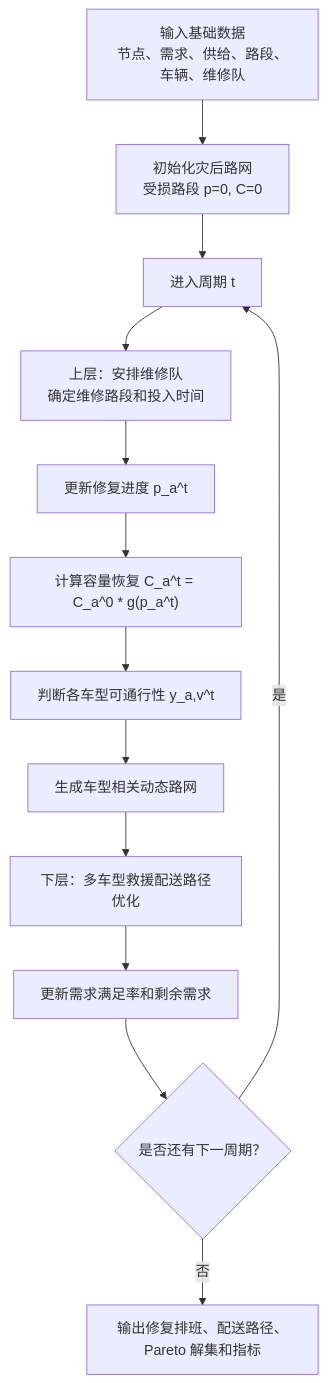
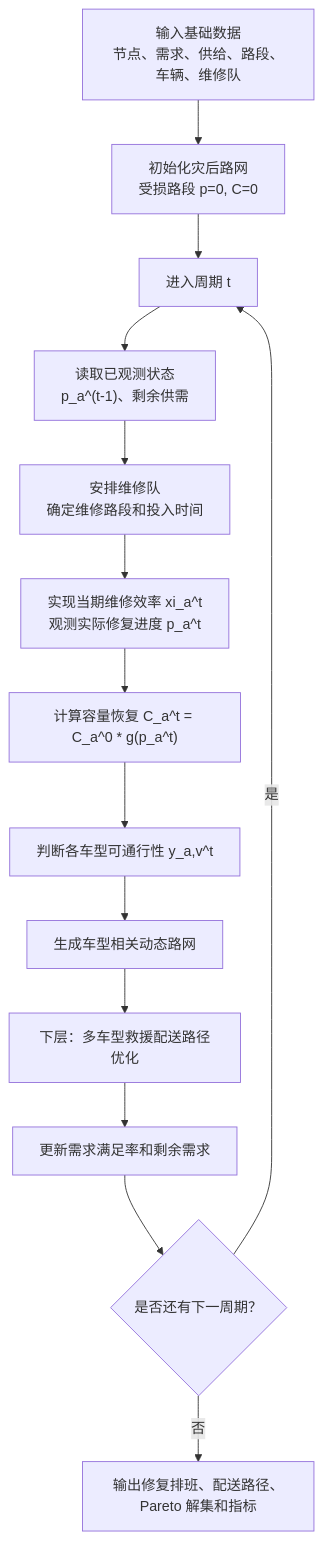
Before and after one commit to li-kai-kai/vrp-research: the diagram in docs/proposed_capacity_recovery_model.md, drawn with Mermaid. The commit also changed other lines of this file and 10 other files, not shown here.

````diff
--- a/docs/proposed_capacity_recovery_model.md
+++ b/docs/proposed_capacity_recovery_model.md
@@ -349,15 +366,16 @@
 ```mermaid
 flowchart TD
     A["输入基础数据<br/>节点、需求、供给、路段、车辆、维修队"] --> B["初始化灾后路网<br/>受损路段 p=0, C=0"]
     B --> C["进入周期 t"]
-    C --> D["上层：安排维修队<br/>确定维修路段和投入时间"]
-    D --> E["更新修复进度 p_a^t"]
-    E --> F["计算容量恢复 C_a^t = C_a^0 * g(p_a^t)"]
+    C --> D["读取已观测状态<br/>p_a^(t-1)、剩余供需"]
+    D --> E["安排维修队<br/>确定维修路段和投入时间"]
+    E --> E2["实现当期维修效率 xi_a^t<br/>观测实际修复进度 p_a^t"]
+    E2 --> F["计算容量恢复 C_a^t = C_a^0 * g(p_a^t)"]
     F --> G["判断各车型可通行性 y_a,v^t"]
     G --> H["生成车型相关动态路网"]
     H --> I["下层：多车型救援配送路径优化"]
     I --> J["更新需求满足率和剩余需求"]
     J --> K{"是否还有下一周期？"}
     K -- "是" --> C
     K -- "否" --> L["输出修复排班、配送路径、Pareto 解集和指标"]
 ```
````
